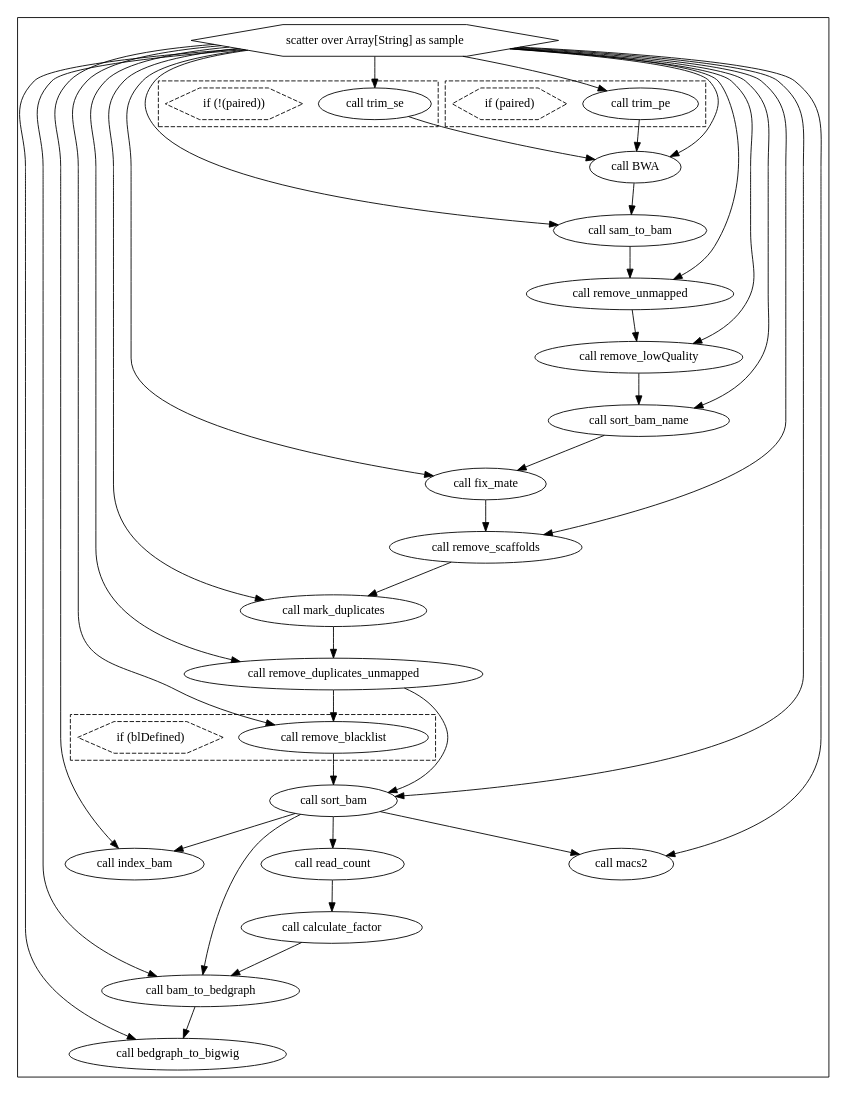
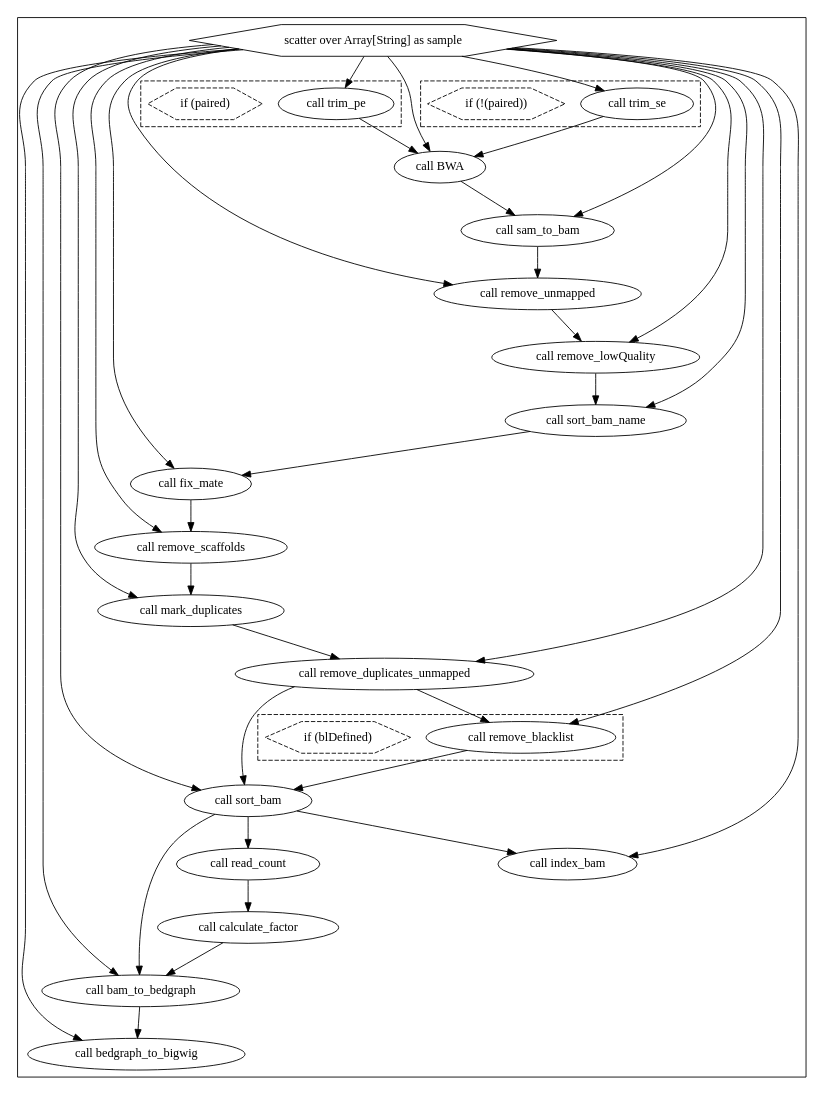
The diagram in workflows/chip_seq/chipseq.dot (faryabiLab/dockerize-workflows), drawn with Graphviz before and after one commit. The commit also changed 1 other file, not shown here.

Commit message:
Auto-update WDL workflow graphs

```diff
--- a/workflows/chip_seq/chipseq.dot
+++ b/workflows/chip_seq/chipseq.dot
@@ -1,84 +1,81 @@
 digraph ChIPseq {
   #rankdir=LR;
   compound=true;
 
   # Links
+  SCATTER_0_VARIABLE_sample -> CALL_remove_duplicates_unmapped
   CALL_read_count -> CALL_calculate_factor
   SCATTER_0_VARIABLE_sample -> CALL_BWA
   SCATTER_0_VARIABLE_sample -> CALL_bedgraph_to_bigwig
   CALL_sam_to_bam -> CALL_remove_unmapped
   SCATTER_0_VARIABLE_sample -> CALL_trim_se
   CALL_sort_bam -> CALL_index_bam
   SCATTER_0_VARIABLE_sample -> CALL_remove_blacklist
   CALL_remove_scaffolds -> CALL_mark_duplicates
   SCATTER_0_VARIABLE_sample -> CALL_fix_mate
   CALL_trim_se -> CALL_BWA
   SCATTER_0_VARIABLE_sample -> CALL_sort_bam_name
   CALL_calculate_factor -> CALL_bam_to_bedgraph
   CALL_mark_duplicates -> CALL_remove_duplicates_unmapped
   CALL_sort_bam_name -> CALL_fix_mate
   CALL_BWA -> CALL_sam_to_bam
   CALL_remove_unmapped -> CALL_remove_lowQuality
-  CALL_sort_bam -> CALL_macs2
-  SCATTER_0_VARIABLE_sample -> CALL_remove_duplicates_unmapped
   CALL_bam_to_bedgraph -> CALL_bedgraph_to_bigwig
   CALL_sort_bam -> CALL_read_count
-  SCATTER_0_VARIABLE_sample -> CALL_macs2
   SCATTER_0_VARIABLE_sample -> CALL_sort_bam
   SCATTER_0_VARIABLE_sample -> CALL_remove_unmapped
   CALL_remove_lowQuality -> CALL_sort_bam_name
   CALL_remove_duplicates_unmapped -> CALL_sort_bam
   SCATTER_0_VARIABLE_sample -> CALL_remove_scaffolds
   SCATTER_0_VARIABLE_sample -> CALL_mark_duplicates
   SCATTER_0_VARIABLE_sample -> CALL_bam_to_bedgraph
   CALL_remove_duplicates_unmapped -> CALL_remove_blacklist
   SCATTER_0_VARIABLE_sample -> CALL_index_bam
   SCATTER_0_VARIABLE_sample -> CALL_remove_lowQuality
   SCATTER_0_VARIABLE_sample -> CALL_trim_pe
   CALL_sort_bam -> CALL_bam_to_bedgraph
   CALL_trim_pe -> CALL_BWA
   CALL_fix_mate -> CALL_remove_scaffolds
   SCATTER_0_VARIABLE_sample -> CALL_sam_to_bam
   CALL_remove_blacklist -> CALL_sort_bam
 
   # Nodes
   subgraph cluster_0 {
     style="filled,solid";
     fillcolor=white;
     CALL_sort_bam_name [label="call sort_bam_name"]
     SCATTER_0_VARIABLE_sample [shape="hexagon" label="scatter over Array[String] as sample"]
     CALL_sam_to_bam [label="call sam_to_bam"]
     subgraph cluster_1 {
       style="filled,dashed";
       fillcolor=white;
       CALL_trim_se [label="call trim_se"]
       CONDITIONAL_1_EXPRESSION [shape="hexagon" label="if (!(paired))" style="dashed" ]
     }
     CALL_remove_lowQuality [label="call remove_lowQuality"]
     CALL_BWA [label="call BWA"]
     CALL_calculate_factor [label="call calculate_factor"]
     CALL_fix_mate [label="call fix_mate"]
     CALL_remove_duplicates_unmapped [label="call remove_duplicates_unmapped"]
     CALL_remove_scaffolds [label="call remove_scaffolds"]
     CALL_sort_bam [label="call sort_bam"]
-    CALL_macs2 [label="call macs2"]
     CALL_mark_duplicates [label="call mark_duplicates"]
     subgraph cluster_2 {
       style="filled,dashed";
       fillcolor=white;
       CALL_trim_pe [label="call trim_pe"]
       CONDITIONAL_2_EXPRESSION [shape="hexagon" label="if (paired)" style="dashed" ]
     }
     CALL_bam_to_bedgraph [label="call bam_to_bedgraph"]
     CALL_remove_unmapped [label="call remove_unmapped"]
     CALL_index_bam [label="call index_bam"]
     CALL_read_count [label="call read_count"]
     CALL_bedgraph_to_bigwig [label="call bedgraph_to_bigwig"]
     subgraph cluster_3 {
       style="filled,dashed";
       fillcolor=white;
       CALL_remove_blacklist [label="call remove_blacklist"]
       CONDITIONAL_3_EXPRESSION [shape="hexagon" label="if (blDefined)" style="dashed" ]
     }
   }
 }
```
